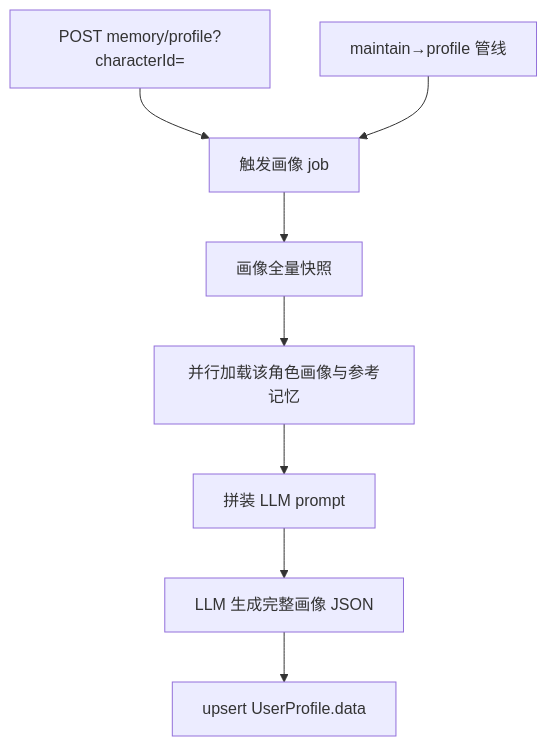
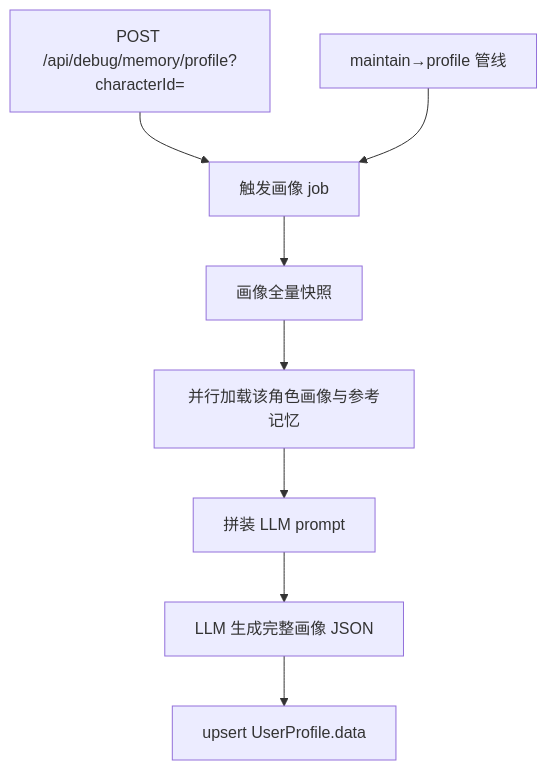
One commit to lilialab/lilia changed the diagram in docs/memory/profile.md. Above: the diagram before and after it, drawn with Mermaid. The commit also changed other lines of this file and 25 other files, not shown here.

````diff
--- a/docs/memory/profile.md
+++ b/docs/memory/profile.md
@@ -5,10 +5,10 @@
 ```mermaid
 flowchart TD
-  API["POST memory/profile?characterId="] --> Entry[触发画像 job]
+  API["POST /api/debug/memory/profile?characterId="] --> Entry[触发画像 job]
   Pipeline["maintain→profile 管线"] --> Entry
   Entry --> Core[画像全量快照]
   Core --> LoadProfile[并行加载该角色画像与参考记忆]
   LoadProfile --> Prompt[拼装 LLM prompt]
   Prompt --> LlmGen["LLM 生成完整画像 JSON"]
   LlmGen --> Upsert["upsert UserProfile.data"]
 ```
````
